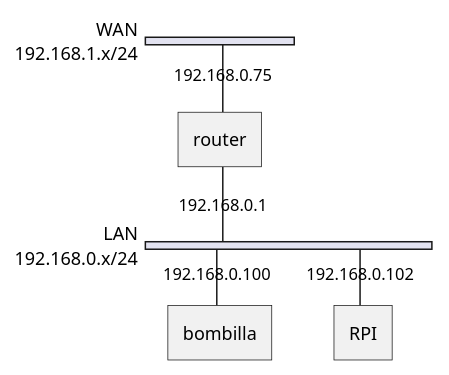
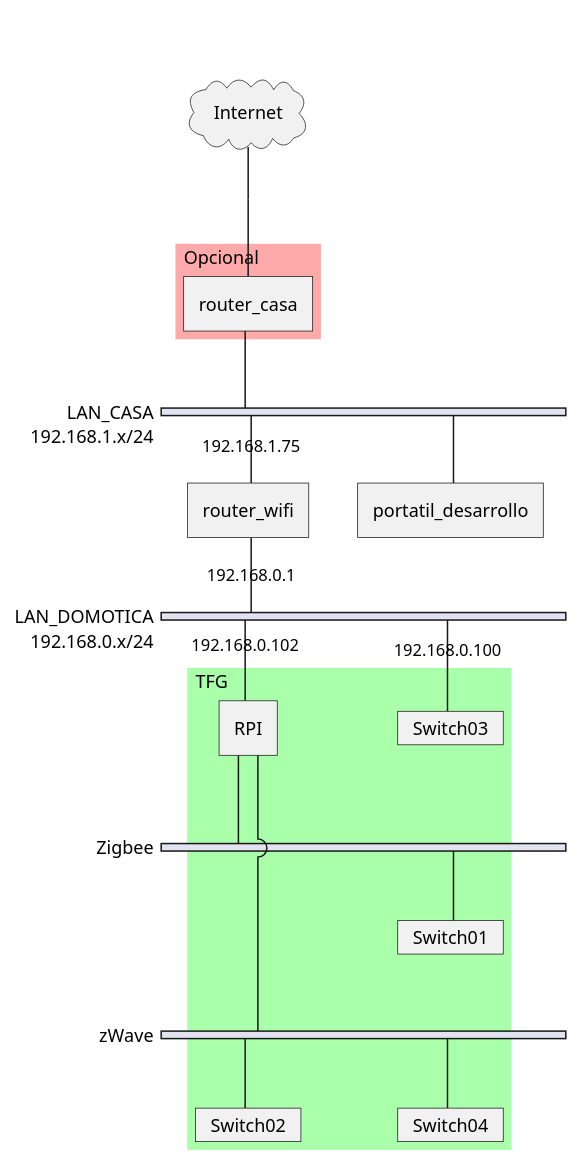
One commit to gavioto/tfg-images changed the diagram in anexos/diagrama-de-red.puml. Above: the diagram before and after it, drawn with PlantUML.

Commit message:
Added diagrama de red

```diff
--- a/anexos/diagrama-de-red.puml
+++ b/anexos/diagrama-de-red.puml
@@ -1,15 +1,49 @@
 @startuml
 nwdiag {
-  network WAN {
+  internet [shape = cloud, description = "Internet", width=150, height=75]; 
+  internet -- router_casa;
+
+  // define group outside of network definitions
+  group {
+    color = "#AAFFAA";
+    description = "TFG"
+
+    RPI;
+    Switch01;
+    Switch02;
+    Switch03;
+    Switch04;
+  }
+
+  group {
+    color = "#FFAAAA"
+    description = "Opcional"
+
+    router_casa;
+  }
+
+  network LAN_CASA {
       address = "192.168.1.x/24"
-      router [address = "192.168.0.75"];
+
+      router_casa;
+      router_wifi [address = "192.168.1.75"];
+      portatil_desarrollo;
   }
-  network LAN {
+  network LAN_DOMOTICA {
       address = "192.168.0.x/24"
 
-      bombilla [address = "192.168.0.100"];
       RPI [address = "192.168.0.102"];
-      router [address = "192.168.0.1"]
+      Switch03 [address = "192.168.0.100", shape = "card"];
+      router_wifi [address = "192.168.0.1"]
+  }
+  network Zigbee {
+    RPI;
+    Switch01 [shape = "card"];
+  }
+  network zWave {
+    RPI;
+    Switch02 [shape = "card"];
+    Switch04 [shape = "card"];
   }
 }
 @enduml
```
